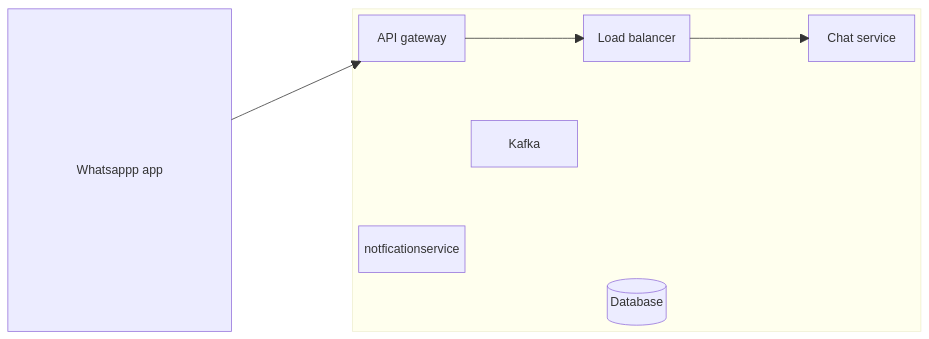
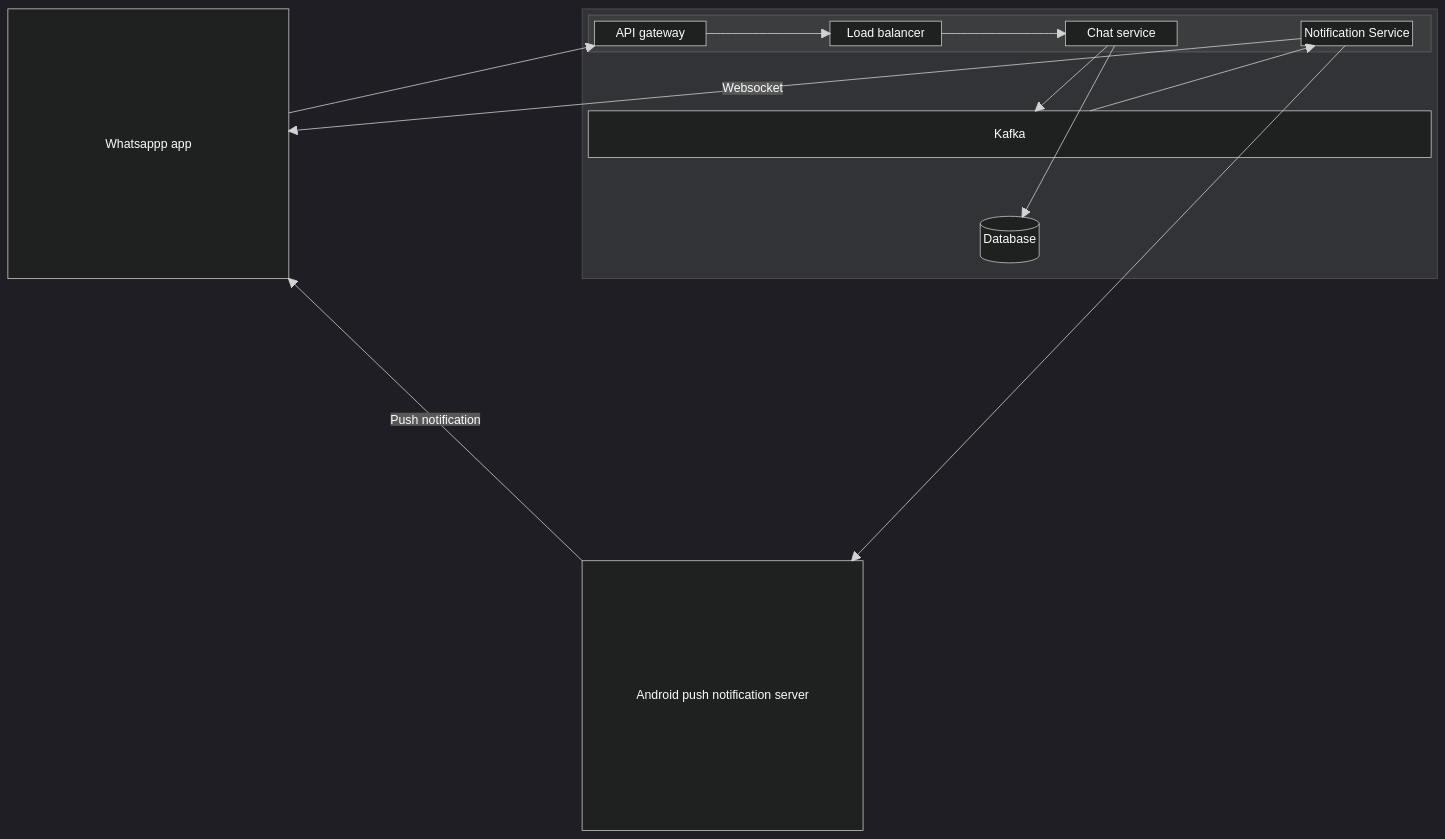
One commit to subhadig/architecture-practice changed the diagram in system-designs/whatsapp/diagram.mermaid. Above: the diagram before and after it, drawn with Mermaid.

Commit message:
Updated design diagram

```diff
--- a/system-designs/whatsapp/diagram.mermaid
+++ b/system-designs/whatsapp/diagram.mermaid
@@ -1,28 +1,47 @@
+---
+config:
+  layout: elk
+  look: handDrawn
+  theme: dark
+---
 block
-    client["Whatsappp app"]:2
-    space:1
-    block:server:5
-        columns 5
-        apigateway["API gateway"]
-        space
-        loadbalancer["Load balancer"]
-        space
-        chatservice["Chat service"]
-
-        space:5
+    columns 3
+    
+    client["Whatsappp app"]
+    
+    space
+    block:server:3
+        columns 1
+        block
+            columns 7
+            apigateway["API gateway"]
+            space
+            loadbalancer["Load balancer"]
+            space
+            chatservice["Chat service"]
+            space
+            notficationservice["Notification Service"]
+        end
 
         space
-        kafka["Kafka"]:4
-
-        space:5
-
-        notficationservice
+        
+        kafka["Kafka"]
+        
         space
-
-        space:5
 
         database[("Database")]
     end
+    space:3
+    
+    space:2
+    pushserver["Android push notification server"]
+
     client-->apigateway
     apigateway-->loadbalancer
     loadbalancer-->chatservice
+    chatservice-->kafka
+    chatservice-->database
+    kafka-->notficationservice
+    notficationservice-->pushserver
+    notficationservice-- "Websocket" -->client
+    pushserver -- "Push notification" -->client
```
